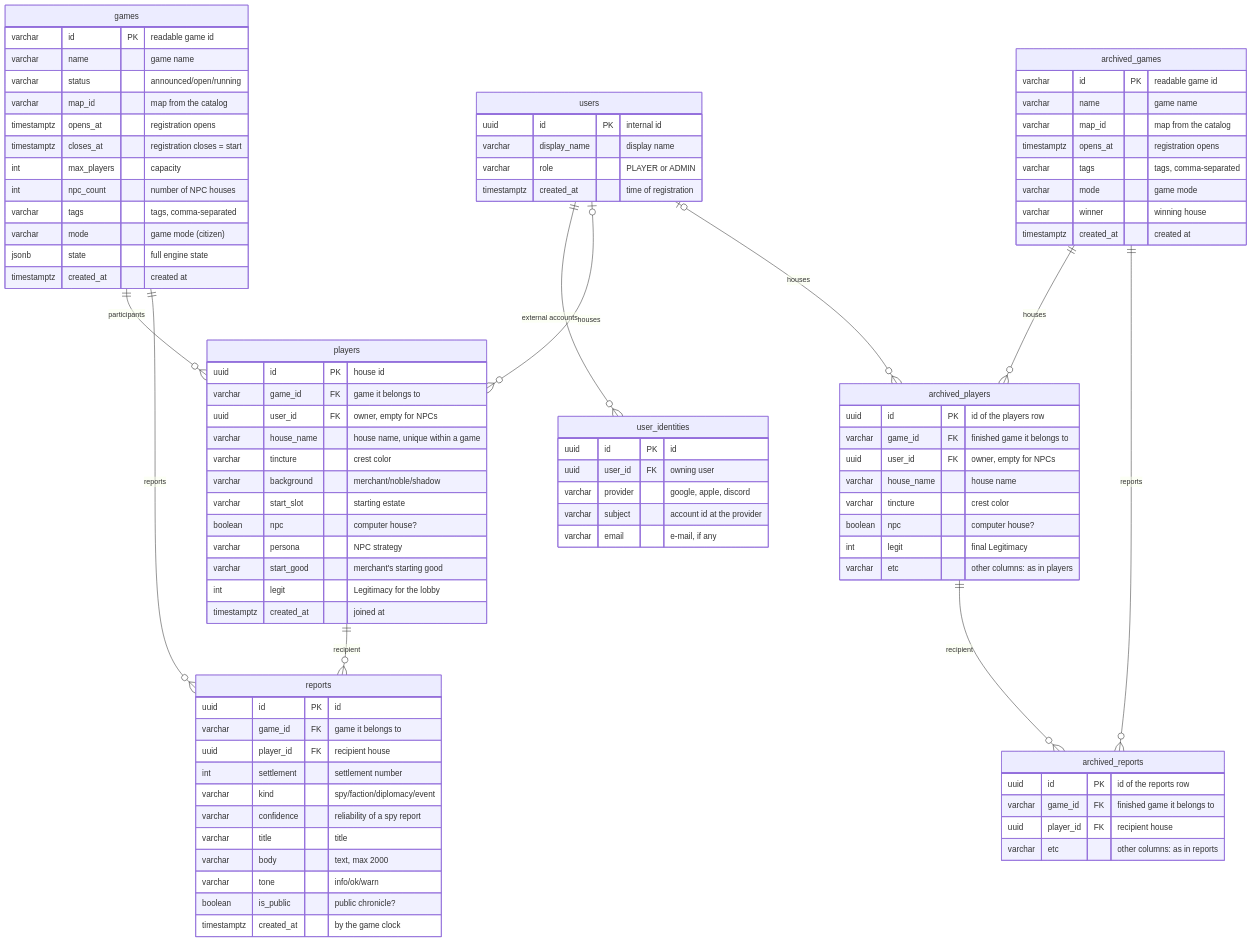
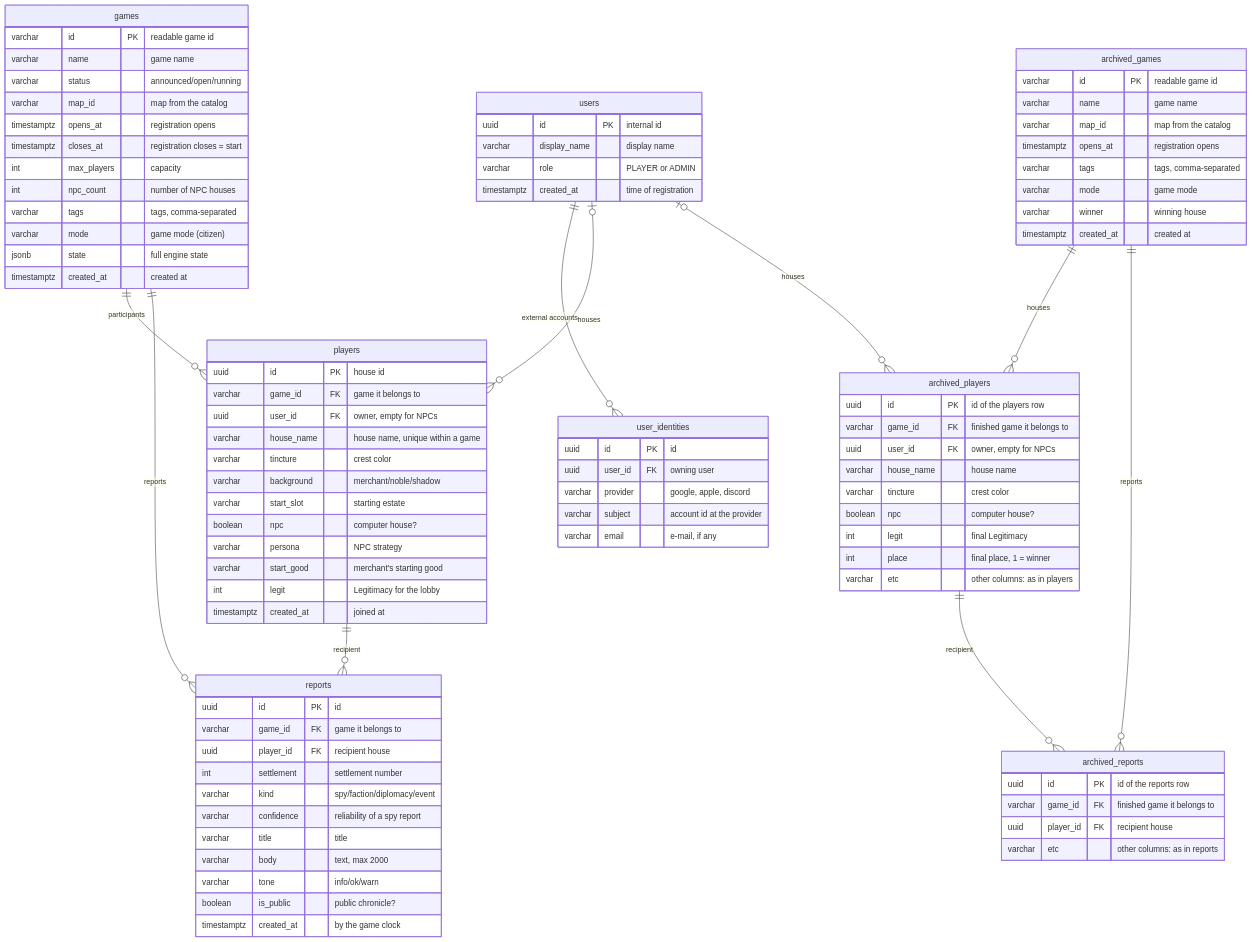
One commit to hoftomi/city-proto changed the first of 2 diagrams in docs/adatbazis/README.md. Above: the diagram before and after it, drawn with Mermaid. The commit also changed 40 other files, not shown here.

```diff
--- a/docs/adatbazis/README.md
+++ b/docs/adatbazis/README.md
@@ -63,6 +63,7 @@
     varchar tincture "crest color"
     boolean npc "computer house?"
     int legit "final Legitimacy"
+    int place "final place, 1 = winner"
     varchar etc "other columns: as in players"
   }
   archived_reports {
```
